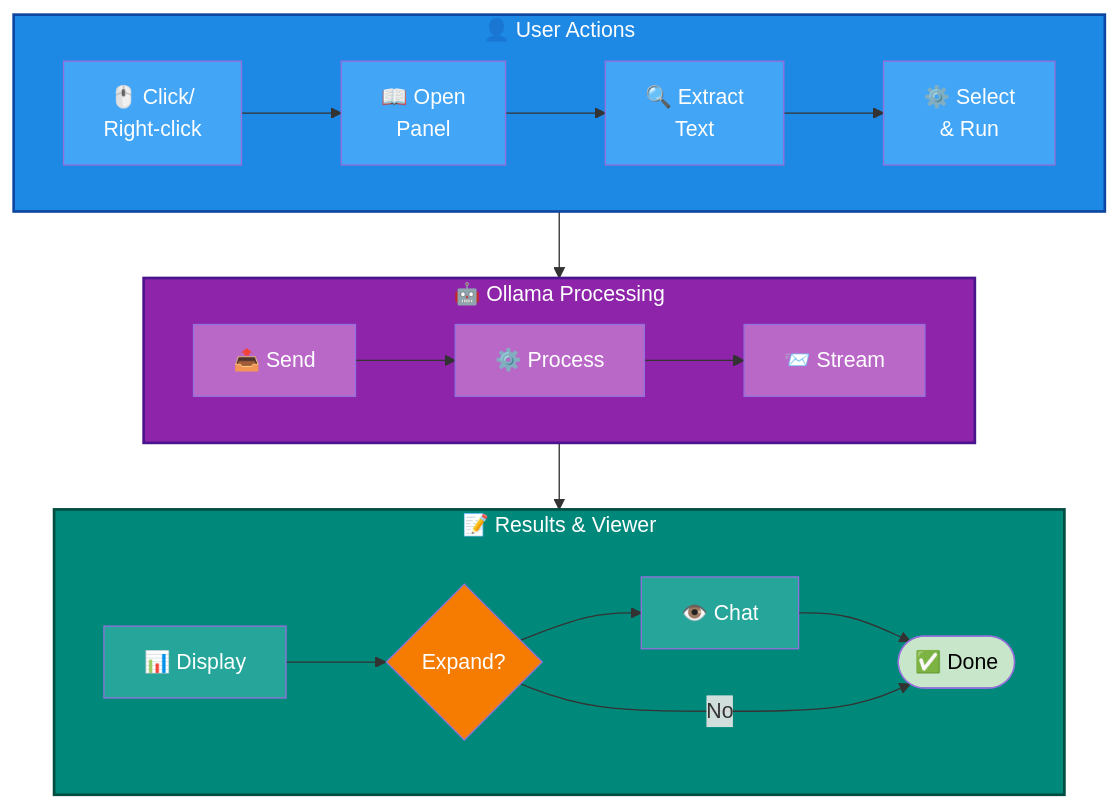
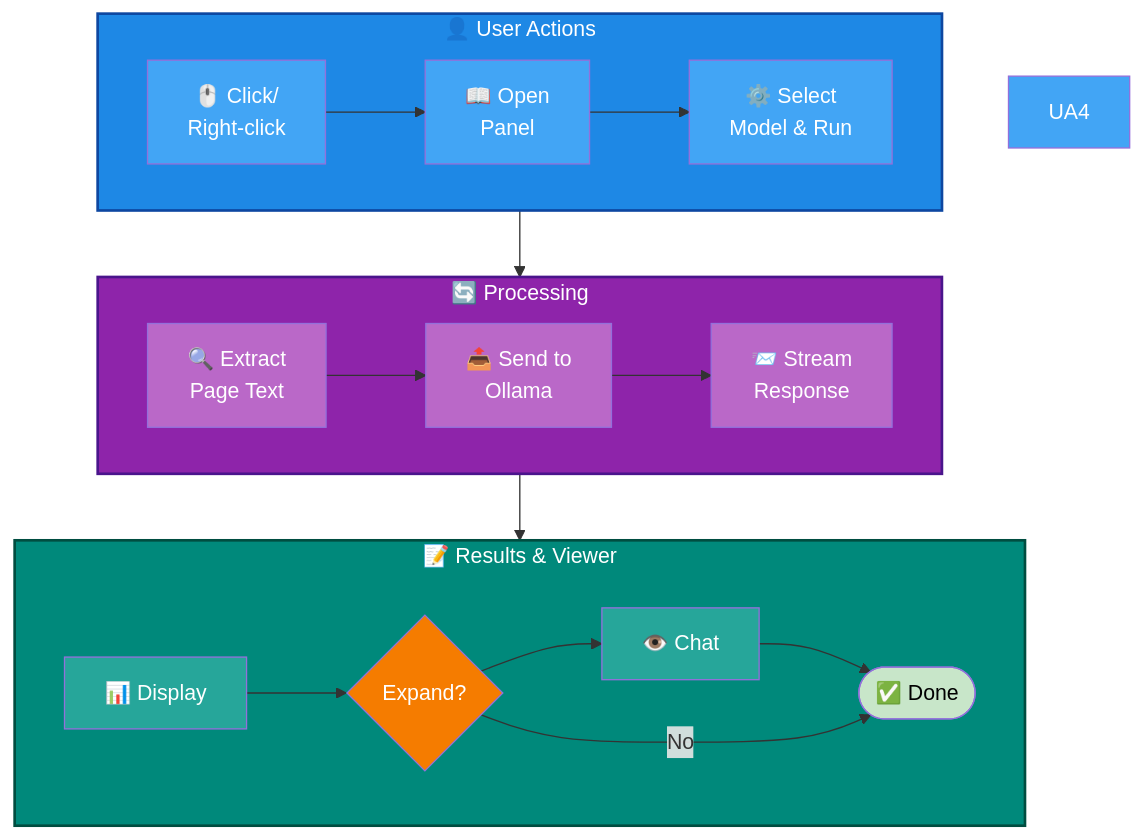
The diagram in README.md (ioncat/llm-onpage-summarizer), drawn with Mermaid before and after one commit.

Commit message:
docs: refine architecture diagram — move Extract to Processing, add Select Model
- User Actions block now shows only user-facing steps (Click, Open Panel, Select Model & Run)
- Processing block includes Extract Page Text → Send to Ollama → Stream Response
- Clearer separation between what user does and what extension does

````diff
--- a/README.md
+++ b/README.md
@@ -24,33 +24,33 @@
 ```mermaid
 graph TD
     subgraph UA["👤 User Actions"]
-        UA1["🖱️ Click/<br/>Right-click"] --> UA2["📖 Open<br/>Panel"] --> UA3["🔍 Extract<br/>Text"] --> UA4["⚙️ Select<br/>& Run"]
+        UA1["🖱️ Click/<br/>Right-click"] --> UA2["📖 Open<br/>Panel"] --> UA3["⚙️ Select<br/>Model & Run"]
     end
 
-    subgraph OL["🤖 Ollama Processing"]
-        OL1["📤 Send"] --> OL2["⚙️ Process"] --> OL3["📨 Stream"]
+    subgraph OL["🔄 Processing"]
+        OL1["🔍 Extract<br/>Page Text"] --> OL2["📤 Send to<br/>Ollama"] --> OL3["📨 Stream<br/>Response"]
     end
 
     subgraph RES["📝 Results & Viewer"]
         RES1["📊 Display"] --> RES2{Expand?} --> RES3["👁️ Chat"] --> RES4([✅ Done])
         RES2 -->|No| RES4
     end
 
     UA --> OL
     OL --> RES
 
     style UA fill:#1e88e5,color:#fff,stroke:#0d47a1,stroke-width:2px
     style OL fill:#8e24aa,color:#fff,stroke:#4a148c,stroke-width:2px
     style RES fill:#00897b,color:#fff,stroke:#004d40,stroke-width:2px
     style UA1 fill:#42a5f5,color:#fff
     style UA2 fill:#42a5f5,color:#fff
     style UA3 fill:#42a5f5,color:#fff
     style UA4 fill:#42a5f5,color:#fff
     style OL1 fill:#ba68c8,color:#fff
     style OL2 fill:#ba68c8,color:#fff
     style OL3 fill:#ba68c8,color:#fff
     style RES1 fill:#26a69a,color:#fff
     style RES2 fill:#f57c00,color:#fff
     style RES3 fill:#26a69a,color:#fff
     style RES4 fill:#c8e6c9,color:#000
 ```
````
